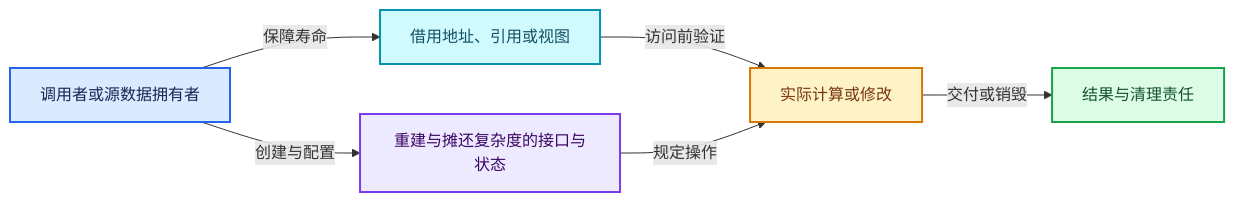
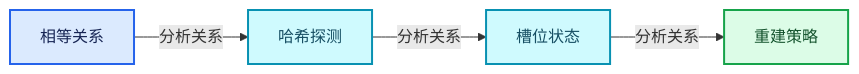
Before and after one commit to yunkezengren/blender-.vscode: the third of 4 diagrams in 杂/markdown/全面学习-codex/02-哈希表与关联数据结构/07-重建与摊还复杂度.md, drawn with Mermaid. The commit also changed other lines of this file and 1930 other files, not shown here.

````diff
--- a/杂/markdown/全面学习-codex/02-哈希表与关联数据结构/07-重建与摊还复杂度.md
+++ b/杂/markdown/全面学习-codex/02-哈希表与关联数据结构/07-重建与摊还复杂度.md
@@ -944,19 +66,16 @@
 ```mermaid
 flowchart LR
-  O["调用者或源数据拥有者"]:::input
-  V["重建与摊还复杂度的接口与状态"]:::abstraction
-  B["借用地址、引用或视图"]:::data
-  W["实际计算或修改"]:::compute
-  R["结果与清理责任"]:::result
-  O -->|"创建与配置"| V
-  O -->|"保障寿命"| B
-  B -->|"访问前验证"| W
-  V -->|"规定操作"| W
-  W -->|"交付或销毁"| R
+  P0["相等关系"]:::input
+  P1["哈希探测"]:::data
+  P2["槽位状态"]:::data
+  P3["重建策略"]:::result
+  P0 -->|"分析关系"| P1
+  P1 -->|"分析关系"| P2
+  P2 -->|"分析关系"| P3
   classDef input fill:#DBEAFE,stroke:#2563EB,color:#172554,stroke-width:2px;
   classDef data fill:#CFFAFE,stroke:#0891B2,color:#164E63,stroke-width:2px;
   classDef abstraction fill:#EDE9FE,stroke:#7C3AED,color:#3B0764,stroke-width:2px;
   classDef compute fill:#FEF3C7,stroke:#D97706,color:#78350F,stroke-width:2px;
   classDef result fill:#DCFCE7,stroke:#16A34A,color:#14532D,stroke-width:2px;
   classDef error fill:#FEE2E2,stroke:#DC2626,color:#7F1D1D,stroke-width:2px;
 ```
````
